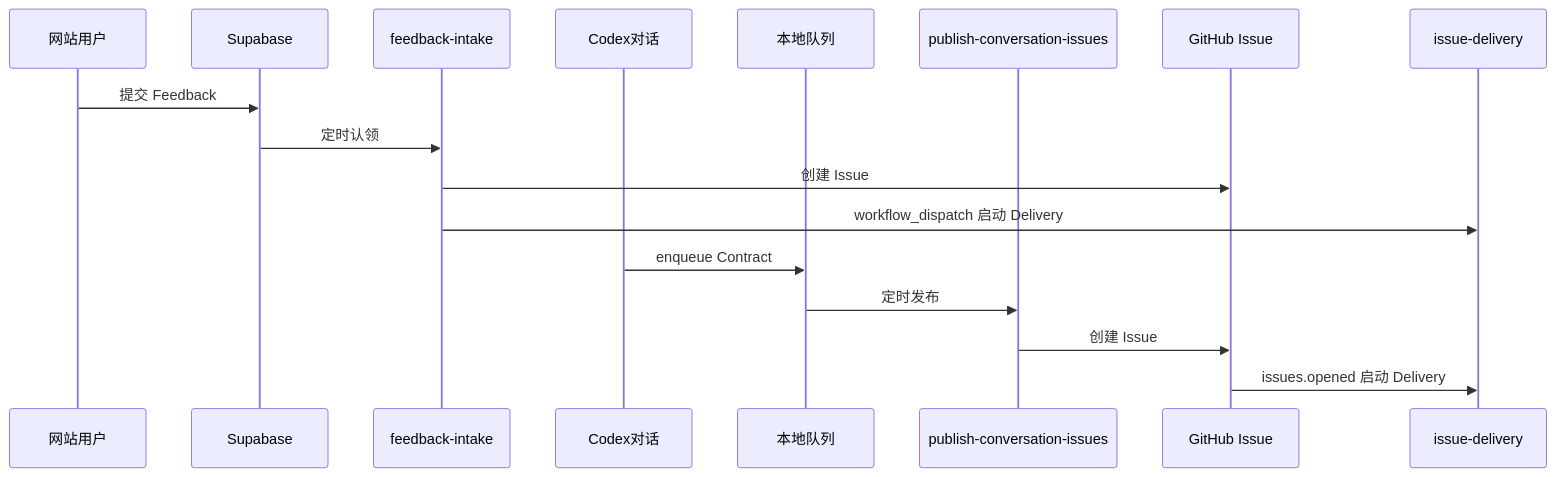
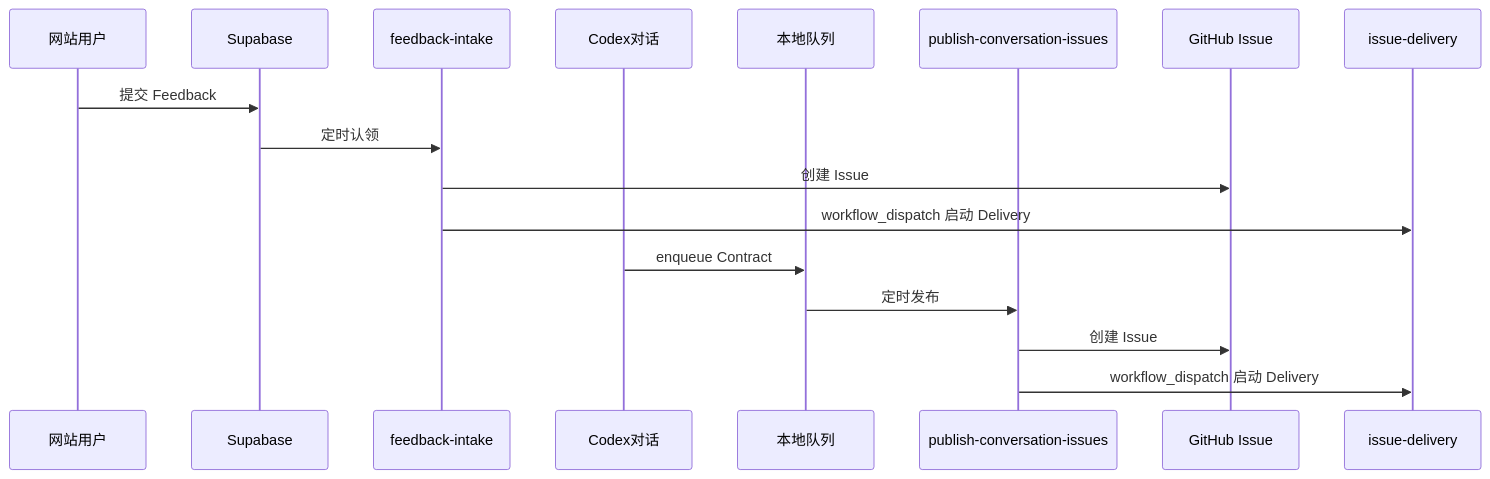
One commit to liuzhuang/signalpatch changed the second of 2 diagrams in .github/workflows/README.md. Above: the diagram before and after it, drawn with Mermaid. The commit also changed other lines of this file and 24 other files, not shown here.

First line of the commit message:
feat(issue-lifecycle): 统一 Issue raw/processed 生命周期并显式 dispatch Delivery

````diff
--- a/.github/workflows/README.md
+++ b/.github/workflows/README.md
@@ -243,21 +243,21 @@
 ```mermaid
 sequenceDiagram
   participant User as 网站用户
   participant SB as Supabase
   participant FI as feedback-intake
   participant Codex as Codex对话
   participant PQ as 本地队列
   participant PC as publish-conversation-issues
   participant GH as GitHub Issue
   participant ID as issue-delivery
 
   User->>SB: 提交 Feedback
   SB->>FI: 定时认领
   FI->>GH: 创建 Issue
   FI->>ID: workflow_dispatch 启动 Delivery
 
   Codex->>PQ: enqueue Contract
   PQ->>PC: 定时发布
   PC->>GH: 创建 Issue
-  GH->>ID: issues.opened 启动 Delivery
+  PC->>ID: workflow_dispatch 启动 Delivery
 ```
````
